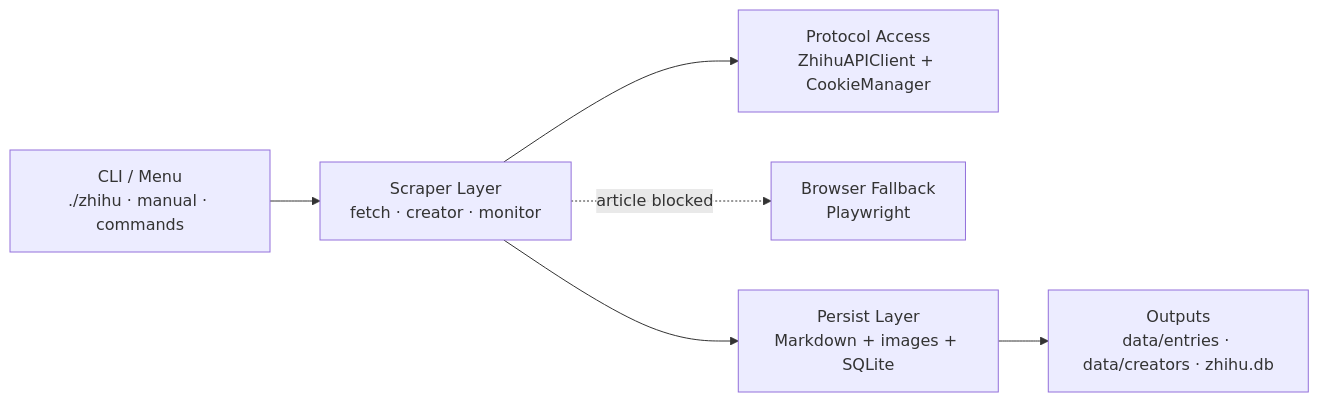
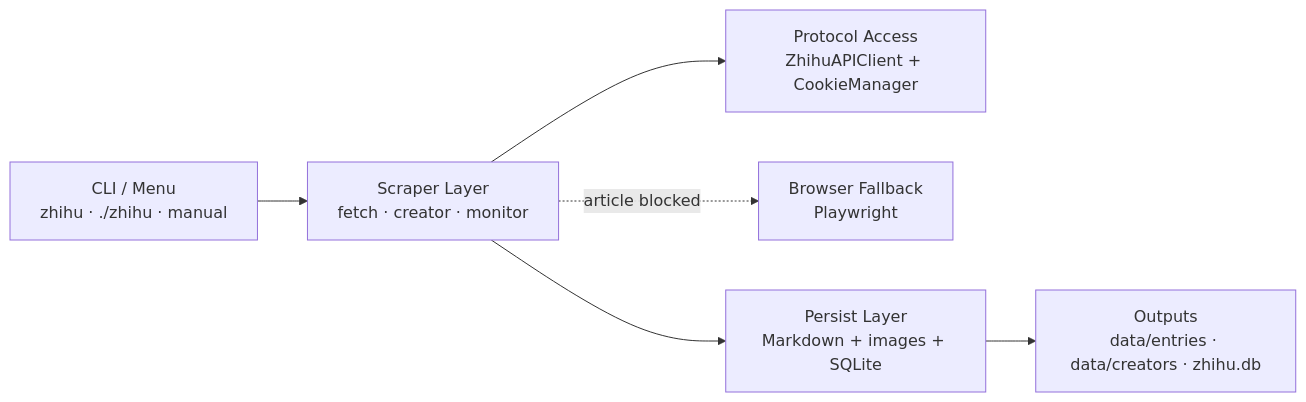
Before and after one commit to yuchenzhu-research/zhihu-scraper: the diagram in README.md, drawn with Mermaid. The commit also changed other lines of this file and 4 other files, not shown here.

````diff
--- a/README.md
+++ b/README.md
@@ -329,8 +330,8 @@
 ```mermaid
 flowchart LR
-    A["CLI / Menu<br/>./zhihu · manual · commands"] --> B["Scraper Layer<br/>fetch · creator · monitor"]
+    A["CLI / Menu<br/>zhihu · ./zhihu · manual"] --> B["Scraper Layer<br/>fetch · creator · monitor"]
     B --> C["Protocol Access<br/>ZhihuAPIClient + CookieManager"]
     B -. article blocked .-> D["Browser Fallback<br/>Playwright"]
     B --> E["Persist Layer<br/>Markdown + images + SQLite"]
     E --> F["Outputs<br/>data/entries · data/creators · zhihu.db"]
 ```
````
